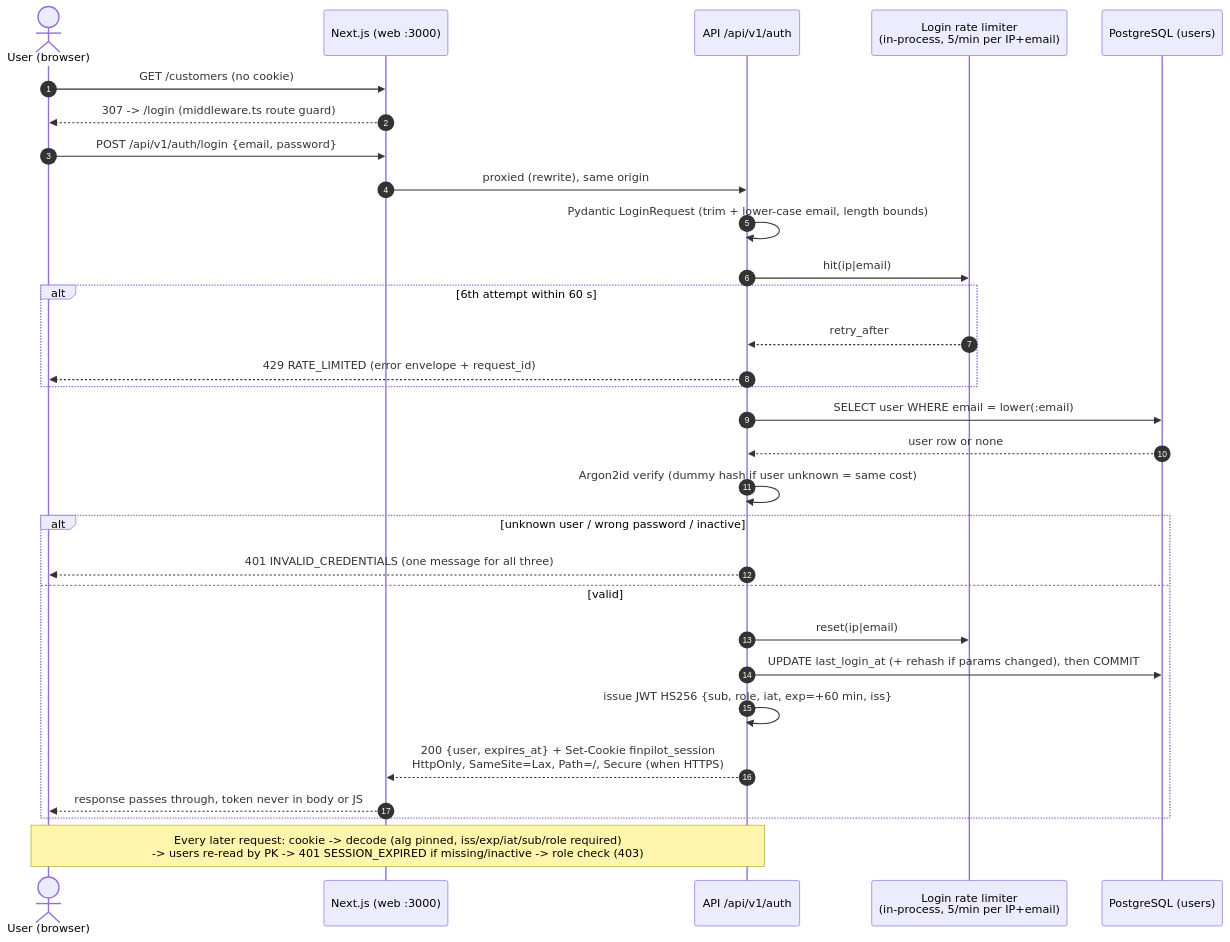
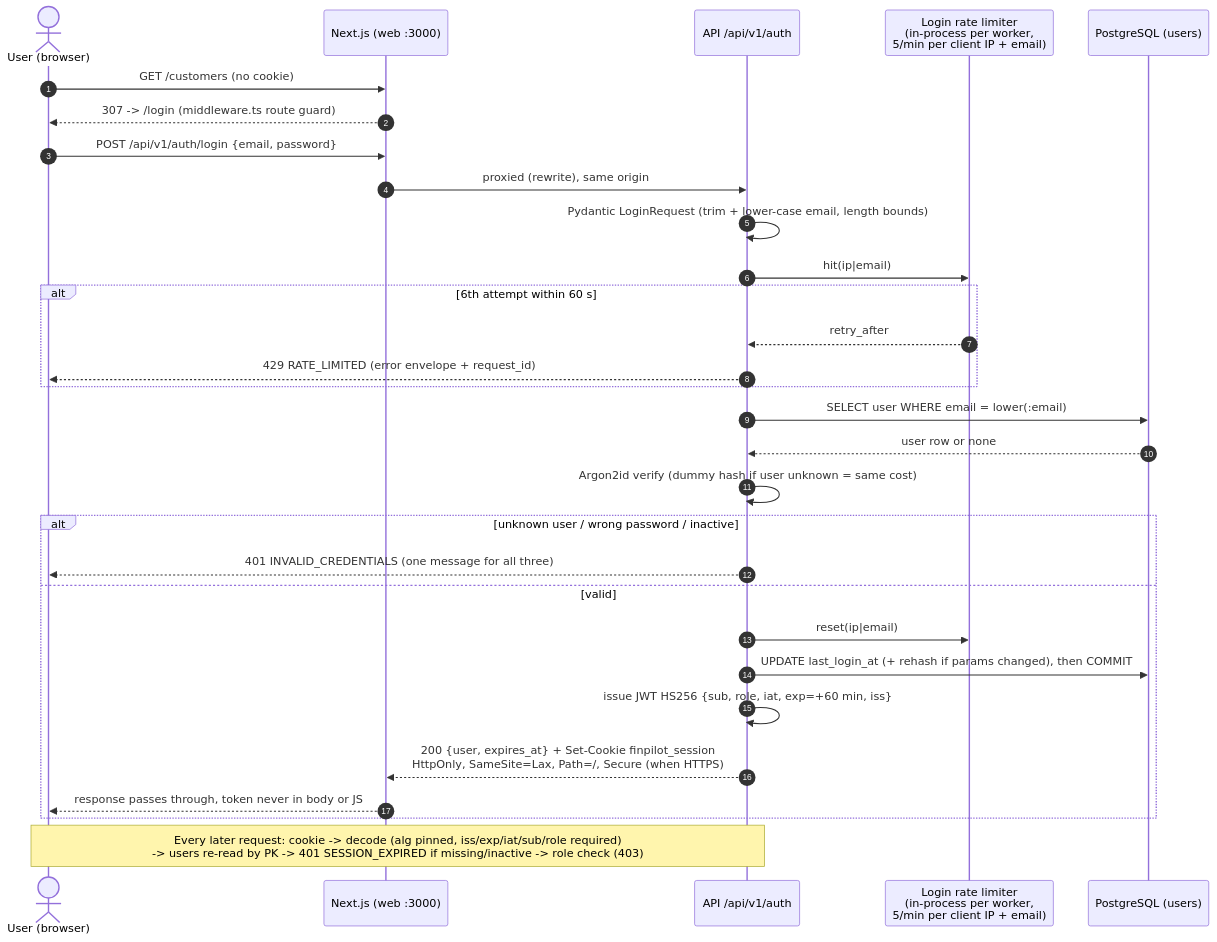
Before and after one commit to vijaytectra/finpilot: the diagram in docs/architecture/diagrams/login-sequence.mmd, drawn with Mermaid. The commit also changed 9 other files, not shown here.

First line of the commit message:
docs(arch): update diagrams for the containerised stack and MALFORMED_ROW

```diff
--- a/docs/architecture/diagrams/login-sequence.mmd
+++ b/docs/architecture/diagrams/login-sequence.mmd
@@ -1,31 +1,31 @@
 sequenceDiagram
     autonumber
     actor U as User (browser)
     participant W as Next.js (web :3000)
     participant A as API /api/v1/auth
-    participant L as Login rate limiter<br/>(in-process, 5/min per IP+email)
+    participant L as Login rate limiter<br/>(in-process per worker,<br/>5/min per client IP + email)
     participant DB as PostgreSQL (users)
 
     U->>W: GET /customers (no cookie)
     W-->>U: 307 -> /login (middleware.ts route guard)
     U->>W: POST /api/v1/auth/login {email, password}
     W->>A: proxied (rewrite), same origin
     A->>A: Pydantic LoginRequest (trim + lower-case email, length bounds)
     A->>L: hit(ip|email)
     alt 6th attempt within 60 s
         L-->>A: retry_after
         A-->>U: 429 RATE_LIMITED (error envelope + request_id)
     end
     A->>DB: SELECT user WHERE email = lower(:email)
     DB-->>A: user row or none
     A->>A: Argon2id verify (dummy hash if user unknown = same cost)
     alt unknown user / wrong password / inactive
         A-->>U: 401 INVALID_CREDENTIALS (one message for all three)
     else valid
         A->>L: reset(ip|email)
         A->>DB: UPDATE last_login_at (+ rehash if params changed), then COMMIT
         A->>A: issue JWT HS256 {sub, role, iat, exp=+60 min, iss}
         A-->>W: 200 {user, expires_at} + Set-Cookie finpilot_session<br/>HttpOnly, SameSite=Lax, Path=/, Secure (when HTTPS)
         W-->>U: response passes through, token never in body or JS
     end
     Note over U,A: Every later request: cookie -> decode (alg pinned, iss/exp/iat/sub/role required)<br/>-> users re-read by PK -> 401 SESSION_EXPIRED if missing/inactive -> role check (403)
```
